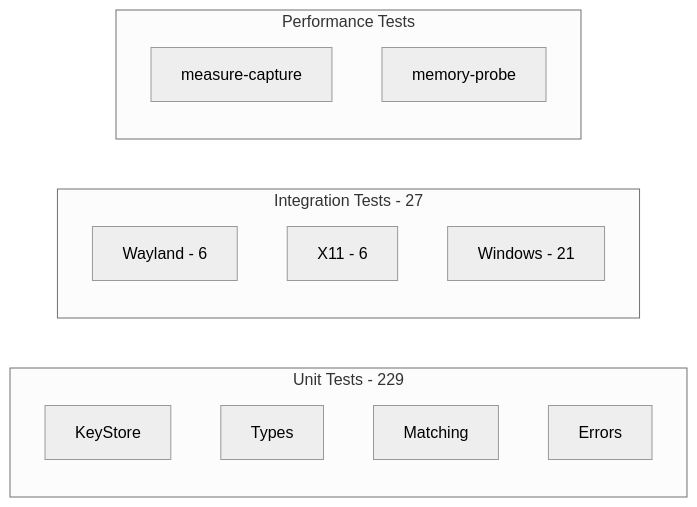
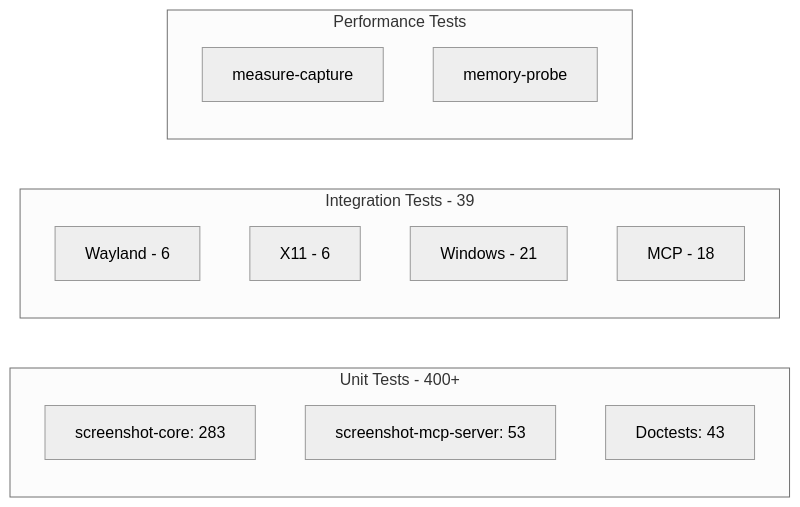
One commit to becksclair/rescreenshot-mcp changed the diagram in docs/development.md. Above: the diagram before and after it, drawn with Mermaid (neutral theme). The commit also changed other lines of this file and 23 other files, not shown here.

````diff
--- a/docs/development.md
+++ b/docs/development.md
@@ -35,20 +35,20 @@
 ```mermaid
 flowchart LR
-    subgraph Unit["Unit Tests - 229"]
-        U1[KeyStore]
-        U2[Types]
-        U3[Matching]
-        U4[Errors]
+    subgraph Unit["Unit Tests - 400+"]
+        U1[screenshot-core: 283]
+        U2[screenshot-mcp-server: 53]
+        U3[Doctests: 43]
     end
 
-    subgraph Integration["Integration Tests - 27"]
+    subgraph Integration["Integration Tests - 39"]
         I1[Wayland - 6]
         I2[X11 - 6]
         I3[Windows - 21]
+        I4[MCP - 18]
     end
 
     subgraph Perf["Performance Tests"]
         P1[measure-capture]
         P2[memory-probe]
     end
 ```
````
